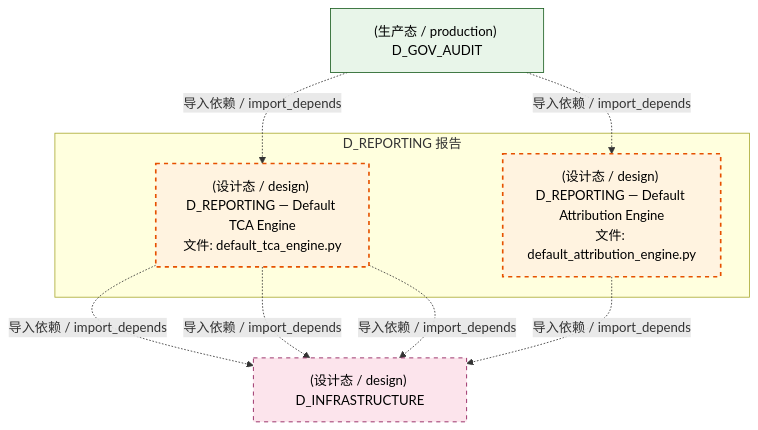
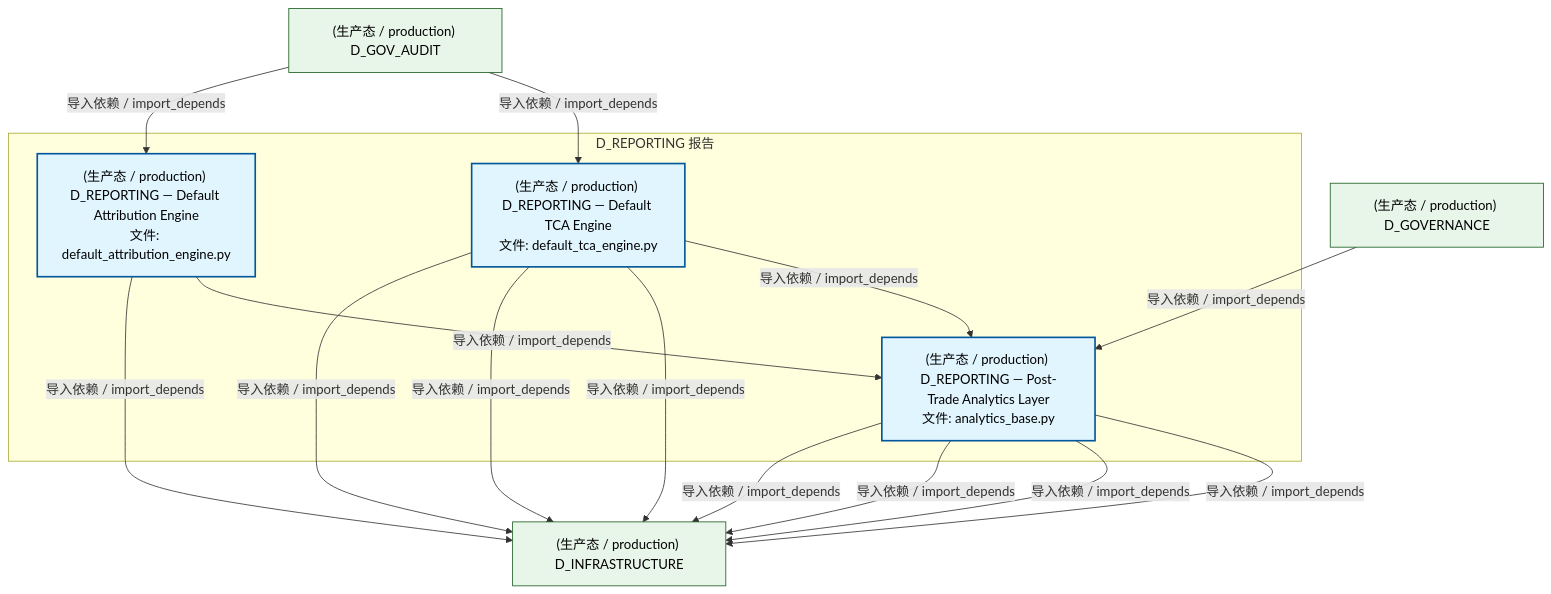
One commit to xuanFelixVan/ZephyrAlpha changed the second of 3 diagrams in docs/02_enterprise_architecture/02_domain_architecture_docs/23_d_reporting.md. Above: the diagram before and after it, drawn with Mermaid. The commit also changed other lines of this file and 128 other files, not shown here.

````diff
--- a/docs/02_enterprise_architecture/02_domain_architecture_docs/23_d_reporting.md
+++ b/docs/02_enterprise_architecture/02_domain_architecture_docs/23_d_reporting.md
@@ -131,22 +98,30 @@
 ```mermaid
 graph TD
     subgraph D_REPORTING["D_REPORTING 报告"]
-        src_zephyr_reporting_default_attribution_engine_py["(设计态 / design) D_REPORTING — Default Attribution Engine<br/>文件: default_attribution_engine.py"]
-        src_zephyr_reporting_default_tca_engine_py["(设计态 / design) D_REPORTING — Default TCA Engine<br/>文件: default_tca_engine.py"]
+        src_zephyr_reporting_analytics_base_py["(生产态 / production) D_REPORTING — Post-Trade Analytics Layer<br/>文件: analytics_base.py"]
+        src_zephyr_reporting_default_attribution_engine_py["(生产态 / production) D_REPORTING — Default Attribution Engine<br/>文件: default_attribution_engine.py"]
+        src_zephyr_reporting_default_tca_engine_py["(生产态 / production) D_REPORTING — Default TCA Engine<br/>文件: default_tca_engine.py"]
     end
-    D_INFRASTRUCTURE["(设计态 / design) D_INFRASTRUCTURE"]
-    src_zephyr_reporting_default_tca_engine_py -.->|导入依赖 / import_depends| D_INFRASTRUCTURE
-    src_zephyr_reporting_default_tca_engine_py -.->|导入依赖 / import_depends| D_INFRASTRUCTURE
-    src_zephyr_reporting_default_attribution_engine_py -.->|导入依赖 / import_depends| D_INFRASTRUCTURE
-    src_zephyr_reporting_default_tca_engine_py -.->|导入依赖 / import_depends| D_INFRASTRUCTURE
+    src_zephyr_reporting_default_attribution_engine_py -->|导入依赖 / import_depends| src_zephyr_reporting_analytics_base_py
+    src_zephyr_reporting_default_tca_engine_py -->|导入依赖 / import_depends| src_zephyr_reporting_analytics_base_py
+    D_INFRASTRUCTURE["(生产态 / production) D_INFRASTRUCTURE"]
+    src_zephyr_reporting_default_tca_engine_py -->|导入依赖 / import_depends| D_INFRASTRUCTURE
+    src_zephyr_reporting_analytics_base_py -->|导入依赖 / import_depends| D_INFRASTRUCTURE
+    src_zephyr_reporting_default_tca_engine_py -->|导入依赖 / import_depends| D_INFRASTRUCTURE
+    src_zephyr_reporting_analytics_base_py -->|导入依赖 / import_depends| D_INFRASTRUCTURE
+    src_zephyr_reporting_analytics_base_py -->|导入依赖 / import_depends| D_INFRASTRUCTURE
+    src_zephyr_reporting_analytics_base_py -->|导入依赖 / import_depends| D_INFRASTRUCTURE
+    src_zephyr_reporting_default_attribution_engine_py -->|导入依赖 / import_depends| D_INFRASTRUCTURE
+    src_zephyr_reporting_default_tca_engine_py -->|导入依赖 / import_depends| D_INFRASTRUCTURE
     D_GOV_AUDIT["(生产态 / production) D_GOV_AUDIT"]
-    D_GOV_AUDIT -.->|导入依赖 / import_depends| src_zephyr_reporting_default_tca_engine_py
-    D_GOV_AUDIT -.->|导入依赖 / import_depends| src_zephyr_reporting_default_attribution_engine_py
+    D_GOV_AUDIT -->|导入依赖 / import_depends| src_zephyr_reporting_default_tca_engine_py
+    D_GOVERNANCE["(生产态 / production) D_GOVERNANCE"]
+    D_GOVERNANCE -->|导入依赖 / import_depends| src_zephyr_reporting_analytics_base_py
+    D_GOV_AUDIT -->|导入依赖 / import_depends| src_zephyr_reporting_default_attribution_engine_py
     classDef production fill:#e1f5fe,stroke:#01579b,stroke-width:2px,color:#000
     classDef design fill:#fff3e0,stroke:#e65100,stroke-width:2px,color:#000,stroke-dasharray: 5 5
     classDef external_prod fill:#e8f5e9,stroke:#1b5e20,stroke-width:1px,color:#000
     classDef external_design fill:#fce4ec,stroke:#880e4f,stroke-width:1px,color:#000,stroke-dasharray: 5 5
-    class src_zephyr_reporting_default_attribution_engine_py,src_zephyr_reporting_default_tca_engine_py design
-    class D_GOV_AUDIT external_prod
-    class D_INFRASTRUCTURE external_design
+    class src_zephyr_reporting_analytics_base_py,src_zephyr_reporting_default_attribution_engine_py,src_zephyr_reporting_default_tca_engine_py production
+    class D_INFRASTRUCTURE,D_GOV_AUDIT,D_GOVERNANCE external_prod
 ```
````
